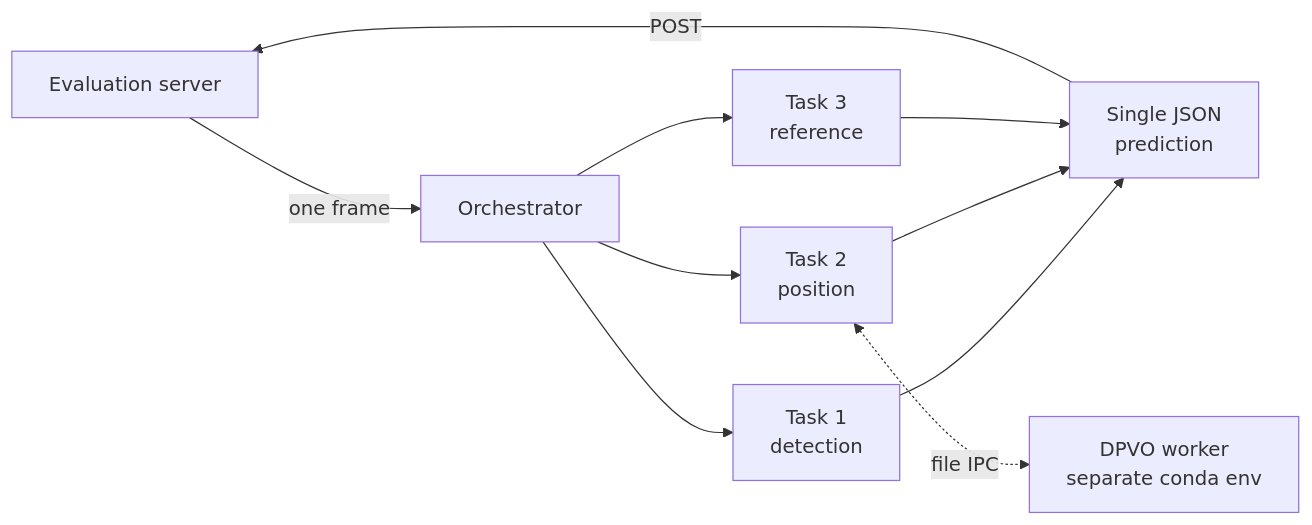
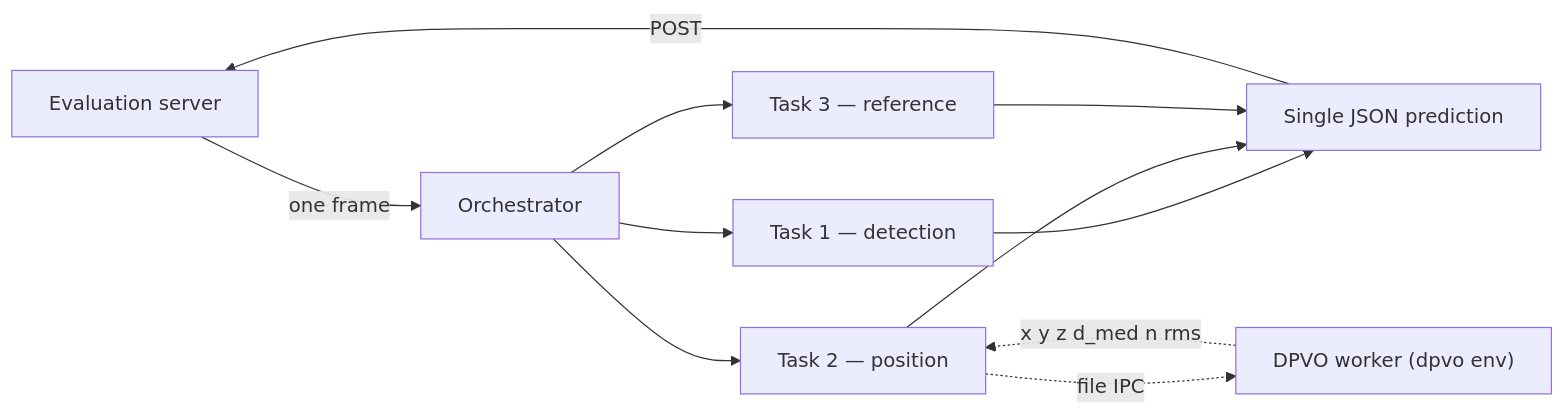
Before and after one commit to adembtr/nuron-teknofest-2026: the diagram in README.md, drawn with Mermaid.

Commit message:
Fix mermaid pipeline diagram syntax
The bidirectional dotted link used an invalid form, so GitHub rendered an
empty block. Split it into two explicit dotted edges.

````diff
--- a/README.md
+++ b/README.md
@@ -131,12 +131,13 @@
 ```mermaid
 flowchart LR
-    S[Evaluation server] -->|one frame| O[Orchestrator]
-    O --> T1[Task 1<br/>detection]
-    O --> T2[Task 2<br/>position]
-    O --> T3[Task 3<br/>reference]
-    T1 --> P[Single JSON<br/>prediction]
+    S["Evaluation server"] -->|one frame| O["Orchestrator"]
+    O --> T1["Task 1 — detection"]
+    O --> T2["Task 2 — position"]
+    O --> T3["Task 3 — reference"]
+    T1 --> P["Single JSON prediction"]
     T2 --> P
     T3 --> P
     P -->|POST| S
-    T2 <-.file IPC.-> W[DPVO worker<br/>separate conda env]
+    T2 -. file IPC .-> W["DPVO worker (dpvo env)"]
+    W -. x y z d_med n rms .-> T2
 ```
````
